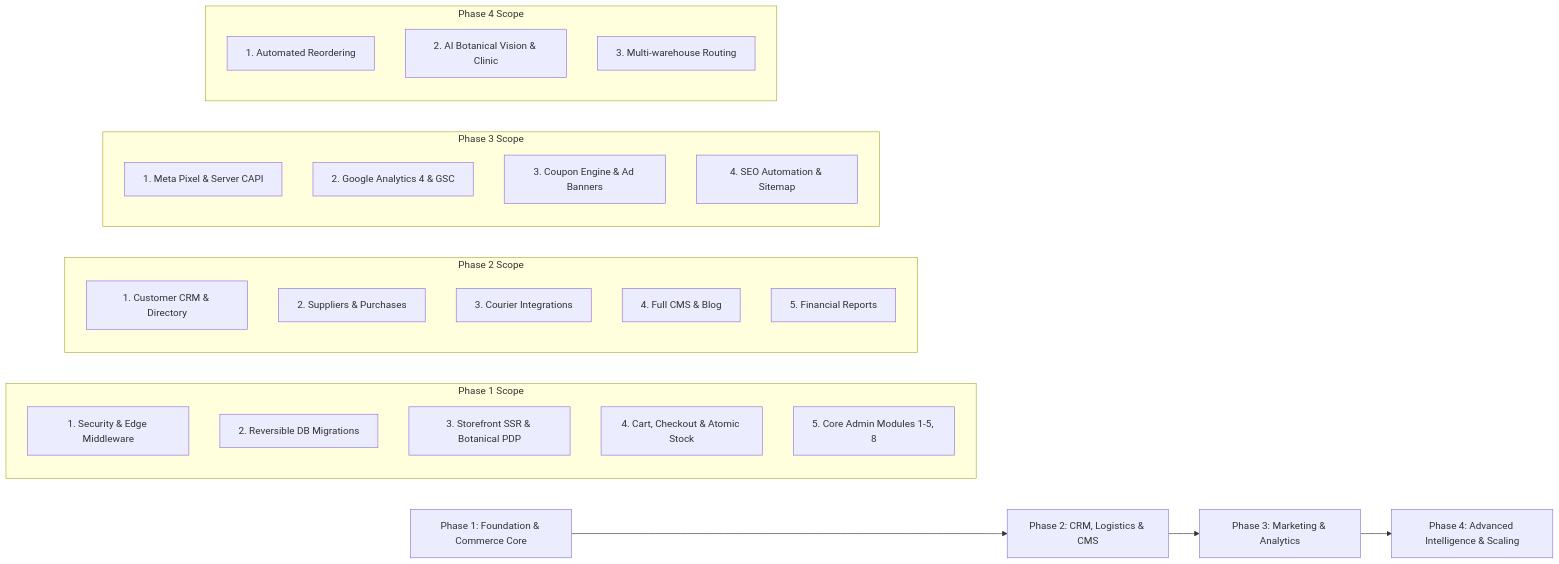
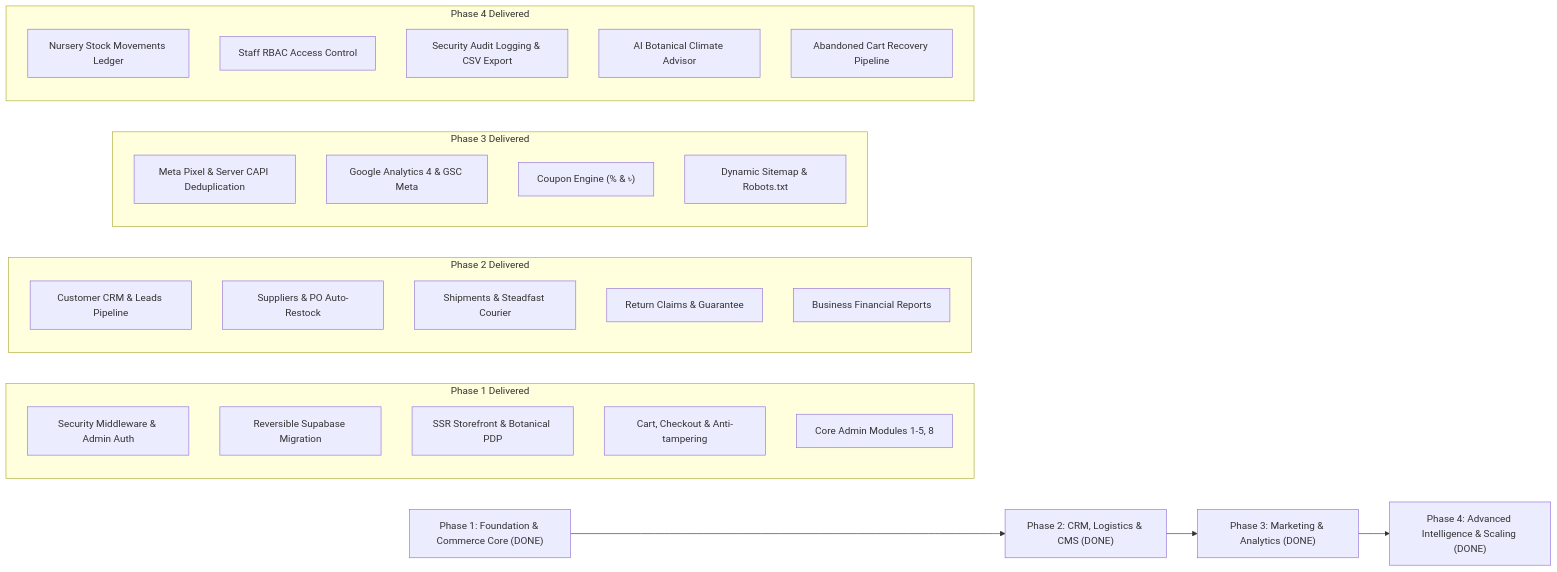
One commit to hasanshaheb/Aronyok changed the diagram in docs/IMPLEMENTATION.md. Above: the diagram before and after it, drawn with Mermaid. The commit also changed other lines of this file and 10 other files, not shown here.

Commit message:
feat(phase4): implement nursery stock ledger, staff RBAC, security audit logs, AI botanical insights & cart recovery

````diff
--- a/docs/IMPLEMENTATION.md
+++ b/docs/IMPLEMENTATION.md
@@ -12,39 +13,41 @@
 ```mermaid
 flowchart LR
-    P1[Phase 1: Foundation & Commerce Core] --> P2[Phase 2: CRM, Logistics & CMS]
-    P2 --> P3[Phase 3: Marketing & Analytics]
-    P3 --> P4[Phase 4: Advanced Intelligence & Scaling]
+    P1["Phase 1: Foundation & Commerce Core (DONE)"] --> P2["Phase 2: CRM, Logistics & CMS (DONE)"]
+    P2 --> P3["Phase 3: Marketing & Analytics (DONE)"]
+    P3 --> P4["Phase 4: Advanced Intelligence & Scaling (DONE)"]
 
-    subgraph P1_Scope[Phase 1 Scope]
+    subgraph P1_Done[Phase 1 Delivered]
         direction TB
-        S1[1. Security & Edge Middleware]
-        S2[2. Reversible DB Migrations]
-        S3[3. Storefront SSR & Botanical PDP]
-        S4[4. Cart, Checkout & Atomic Stock]
-        S5[5. Core Admin Modules 1-5, 8]
+        S1["Security Middleware & Admin Auth"]
+        S2["Reversible Supabase Migration"]
+        S3["SSR Storefront & Botanical PDP"]
+        S4["Cart, Checkout & Anti-tampering"]
+        S5["Core Admin Modules 1-5, 8"]
     end
 
-    subgraph P2_Scope[Phase 2 Scope]
+    subgraph P2_Done[Phase 2 Delivered]
         direction TB
-        S6[1. Customer CRM & Directory]
-        S7[2. Suppliers & Purchases]
-        S8[3. Courier Integrations]
-        S9[4. Full CMS & Blog]
-        S10[5. Financial Reports]
+        S6["Customer CRM & Leads Pipeline"]
+        S7["Suppliers & PO Auto-Restock"]
+        S8["Shipments & Steadfast Courier"]
+        S9["Return Claims & Guarantee"]
+        S10["Business Financial Reports"]
     end
 
-    subgraph P3_Scope[Phase 3 Scope]
+    subgraph P3_Done[Phase 3 Delivered]
         direction TB
-        S11[1. Meta Pixel & Server CAPI]
-        S12[2. Google Analytics 4 & GSC]
-        S13[3. Coupon Engine & Ad Banners]
-        S14[4. SEO Automation & Sitemap]
+        S11["Meta Pixel & Server CAPI Deduplication"]
+        S12["Google Analytics 4 & GSC Meta"]
+        S13["Coupon Engine (% & ৳)"]
+        S14["Dynamic Sitemap & Robots.txt"]
     end
 
-    subgraph P4_Scope[Phase 4 Scope]
+    subgraph P4_Done[Phase 4 Delivered]
         direction TB
-        S15[1. Automated Reordering]
-        S16[2. AI Botanical Vision & Clinic]
-        S17[3. Multi-warehouse Routing]
+        S15["Nursery Stock Movements Ledger"]
+        S16["Staff RBAC Access Control"]
+        S17["Security Audit Logging & CSV Export"]
+        S18["AI Botanical Climate Advisor"]
+        S19["Abandoned Cart Recovery Pipeline"]
     end
 ```
````
